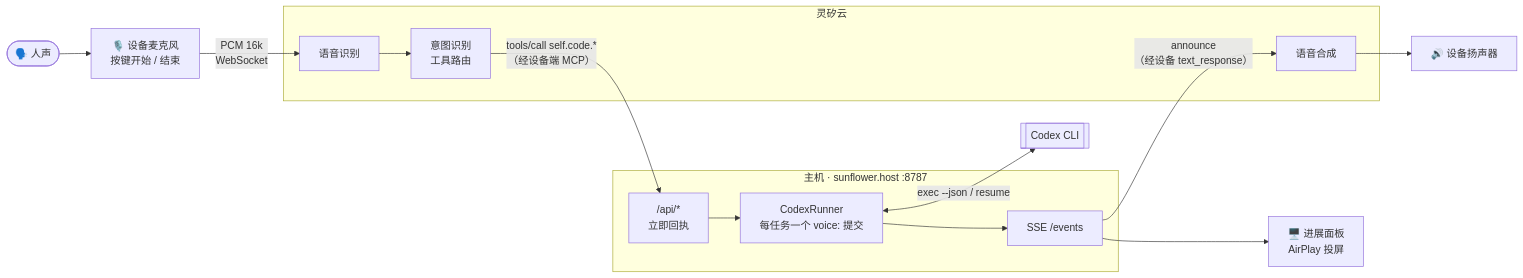
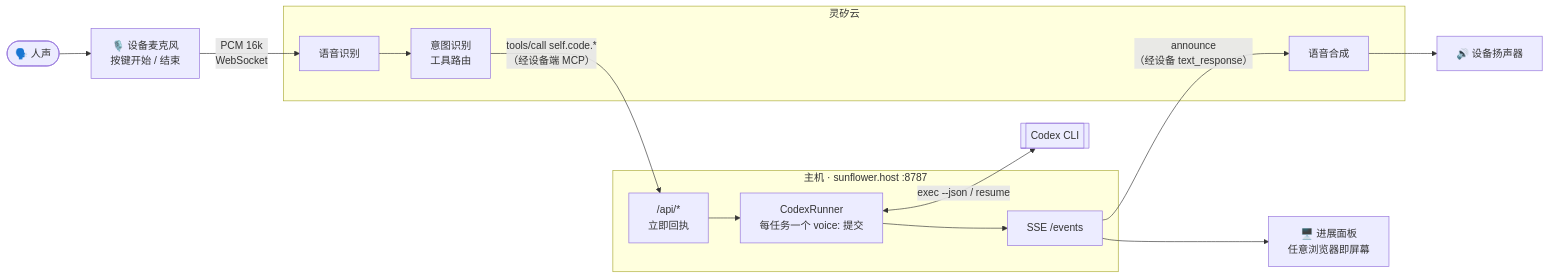
The first of 2 diagrams in README.md (Qiniu-ERE/Sunflower), drawn with Mermaid before and after one commit. The commit also changed other lines of this file and 5 other files, not shown here.

First line of the commit message:
docs: 屏幕协议不限 AirPlay（任意浏览器即屏幕）；README 换上完整两轮会话的实拍面板

````diff
--- a/README.md
+++ b/README.md
@@ -44,22 +44,22 @@
 ```mermaid
 flowchart LR
     U(["🗣️ 人声"]) --> MIC["🎙️ 设备麦克风<br>按键开始 / 结束"]
     MIC -- "PCM 16k<br>WebSocket" --> ASR
 
     subgraph LINX["灵矽云"]
         ASR["语音识别"] --> LLM["意图识别<br>工具路由"]
         TTS["语音合成"]
     end
 
     LLM -- "tools/call self.code.*<br>（经设备端 MCP）" --> API
 
     subgraph HOST["主机 · sunflower.host :8787"]
         API["/api/*<br>立即回执"] --> R["CodexRunner<br>每任务一个 voice: 提交"]
         R --> SSE["SSE /events"]
     end
 
     R <-- "exec --json / resume" --> CX[["Codex CLI"]]
-    SSE --> P["🖥️ 进展面板<br>AirPlay 投屏"]
+    SSE --> P["🖥️ 进展面板<br>任意浏览器即屏幕"]
     SSE -- "announce<br>（经设备 text_response）" --> TTS
     TTS --> SPK["🔊 设备扬声器"]
 ```
````
